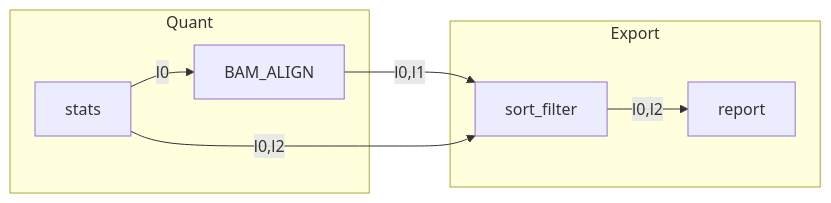
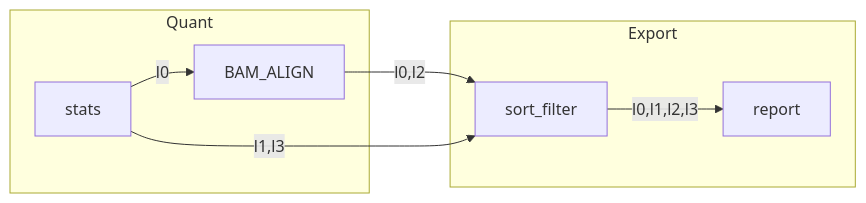
Before and after one commit to seqeralabs/nf-metro: the diagram in examples/topologies/co_row_feeders_shared_diagonal.mmd, drawn with Mermaid. The commit also changed 8 other files, not shown here.

```diff
--- a/examples/topologies/co_row_feeders_shared_diagonal.mmd
+++ b/examples/topologies/co_row_feeders_shared_diagonal.mmd
@@ -1,18 +1,19 @@
 %%metro title: Co-row feeders sharing one diagonal
 %%metro line: l0 | Red | #e6194b
 %%metro line: l1 | Green | #3cb44b
 %%metro line: l2 | Blue | #4363d8
+%%metro line: l3 | Orange | #f58231
 
 graph LR
     subgraph sec0 [Quant]
         s0n0[stats]
         s0n1[BAM_ALIGN]
         s0n0 -->|l0| s0n1
     end
     subgraph sec1 [Export]
         s1n0[sort_filter]
         s1n1[report]
-        s1n0 -->|l0,l2| s1n1
+        s1n0 -->|l0,l1,l2,l3| s1n1
     end
-    s0n1 -->|l0,l1| s1n0
-    s0n0 -->|l0,l2| s1n0
+    s0n1 -->|l0,l2| s1n0
+    s0n0 -->|l1,l3| s1n0
```
